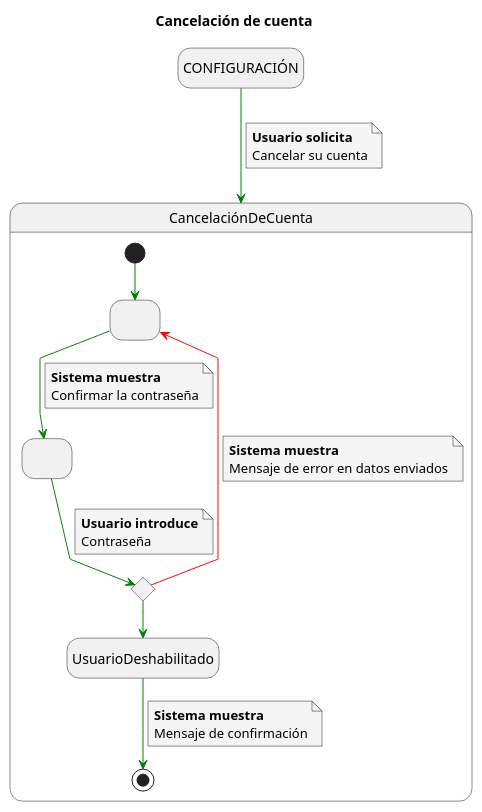
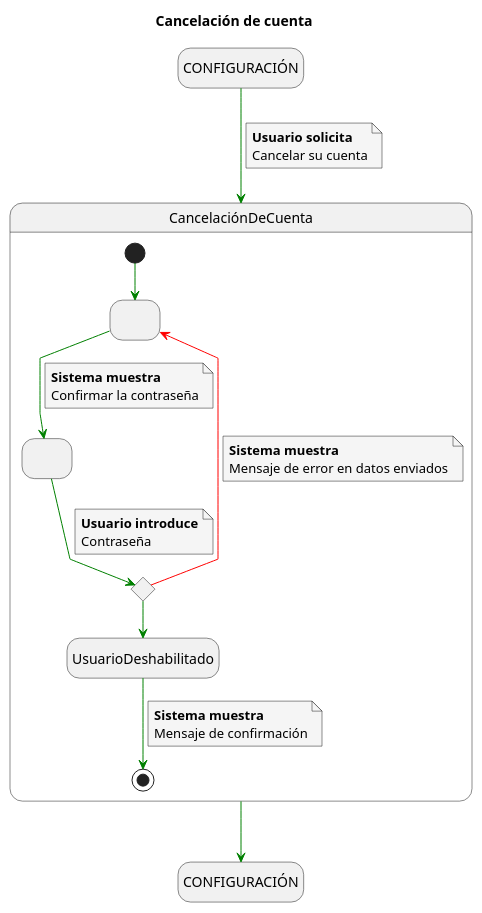
Before and after one commit to mmasias/23-24-IdSw1-SDR: the diagram in Caso_de_Uso/Casos_de_Uso/Usuarios/Egresado/Cancelar_Cuenta/Caso_de_Uso.puml, drawn with PlantUML. The commit also changed 59 other files, not shown here.

```diff
--- a/Caso_de_Uso/Casos_de_Uso/Usuarios/Egresado/Cancelar_Cuenta/Caso_de_Uso.puml
+++ b/Caso_de_Uso/Casos_de_Uso/Usuarios/Egresado/Cancelar_Cuenta/Caso_de_Uso.puml
@@ -1,44 +1,48 @@
 @startuml
 skinparam defaultFontName Arial
 skinparam NoteBackgroundColor #whiteSmoke
 skinparam ArrowColor #green
 skinparam Linetype polyline
 top to bottom direction
 
 hide empty description
 title Cancelación de cuenta
 
+state endState as "CONFIGURACIÓN"
+
 CONFIGURACIÓN -down-> CancelaciónDeCuenta
 note on link
 <b>Usuario solicita</b>
 Cancelar su cuenta
 end note
+
+CancelaciónDeCuenta -down-> endState
 
 state CancelaciónDeCuenta{
   state 1 as " "
   state 2 as " "
   state ComprobarRequisitos <<choice>>
   [*] --> 1
   1 --> 2
   note on link
   <b>Sistema muestra</b>
   Confirmar la contraseña
   end note
   2 --> ComprobarRequisitos
   note on link
   <b>Usuario introduce</b>
   Contraseña
   end note
   ComprobarRequisitos -[#red]-> 1
   note on link
   <b>Sistema muestra</b>
   Mensaje de error en datos enviados
   end note
   ComprobarRequisitos -down-> UsuarioDeshabilitado
   UsuarioDeshabilitado --> [*]
   note on link
   <b>Sistema muestra</b>
   Mensaje de confirmación
   end note
 }
 @enduml
```
